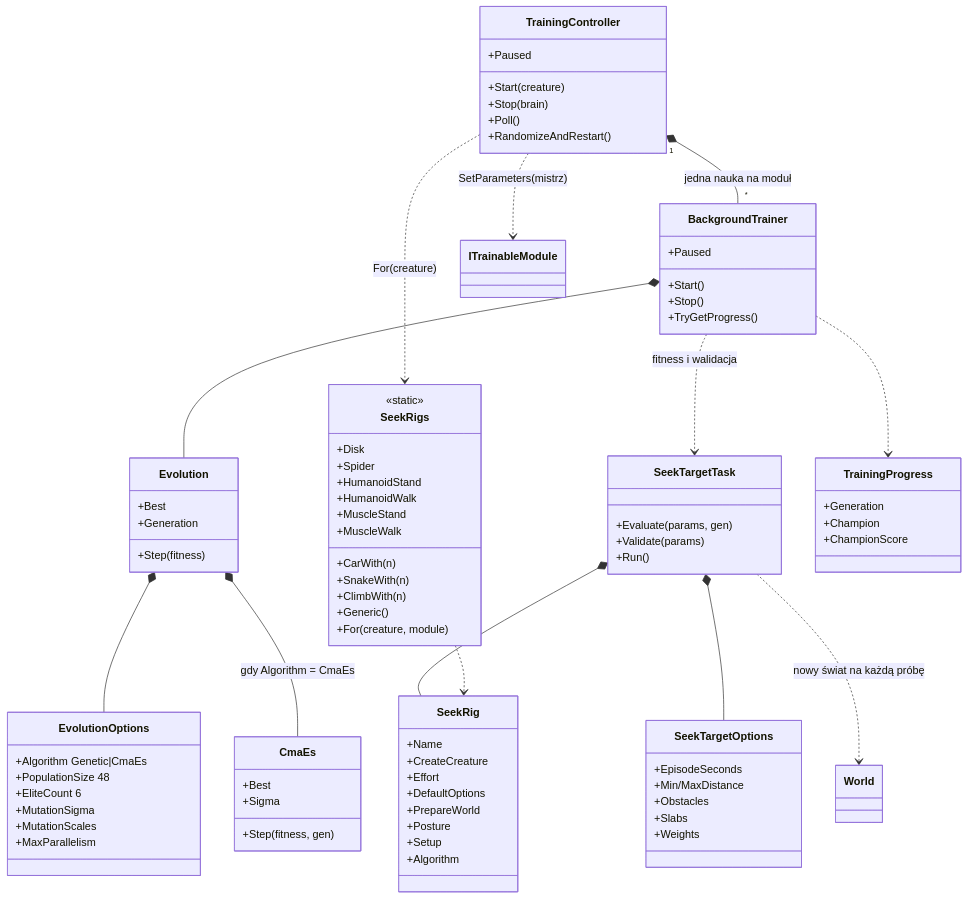
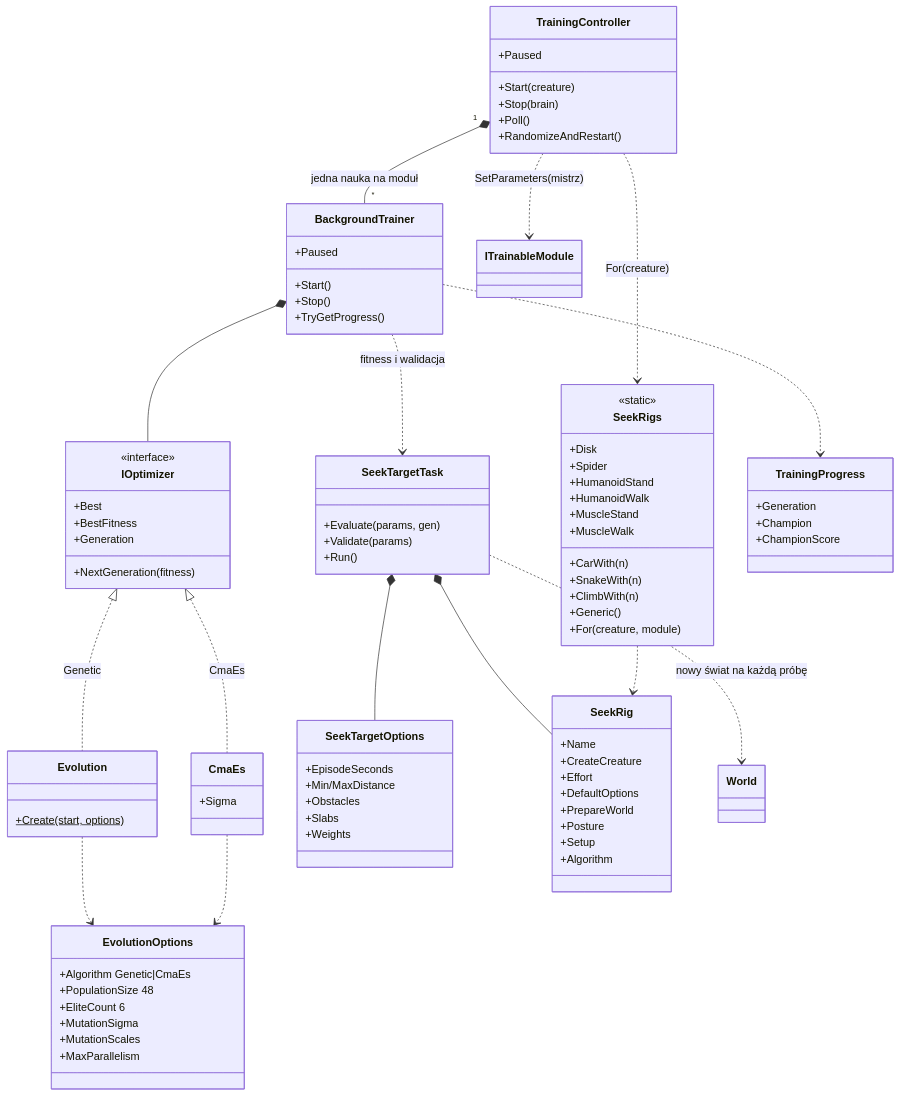
One commit to Logos7/Animata changed diagram 12 of 15 in docs/mapa-kodu.md. Above: the diagram before and after it, drawn with Mermaid. The commit also changed other lines of this file and 35 other files, not shown here.

```diff
--- a/docs/mapa-kodu.md
+++ b/docs/mapa-kodu.md
@@ -932,14 +946,17 @@
     +Paused
     +TryGetProgress()
   }
-  class Evolution {
-    +Step(fitness)
+  class IOptimizer {
+    <<interface>>
+    +NextGeneration(fitness)
     +Best
+    +BestFitness
     +Generation
   }
+  class Evolution {
+    +Create(start, options)$
+  }
   class CmaEs {
-    +Step(fitness, gen)
-    +Best
     +Sigma
   }
   class EvolutionOptions {
@@ -992,9 +1009,11 @@
     +ChampionScore
   }
   TrainingController "1" *-- "*" BackgroundTrainer : jedna nauka na moduł
-  BackgroundTrainer *-- Evolution
-  Evolution *-- EvolutionOptions
-  Evolution *-- CmaEs : gdy Algorithm = CmaEs
+  BackgroundTrainer *-- IOptimizer
+  IOptimizer <|.. Evolution : Genetic
+  IOptimizer <|.. CmaEs : CmaEs
+  Evolution ..> EvolutionOptions
+  CmaEs ..> EvolutionOptions
   BackgroundTrainer ..> SeekTargetTask : fitness i walidacja
   BackgroundTrainer ..> TrainingProgress
   SeekTargetTask *-- SeekRig
```
